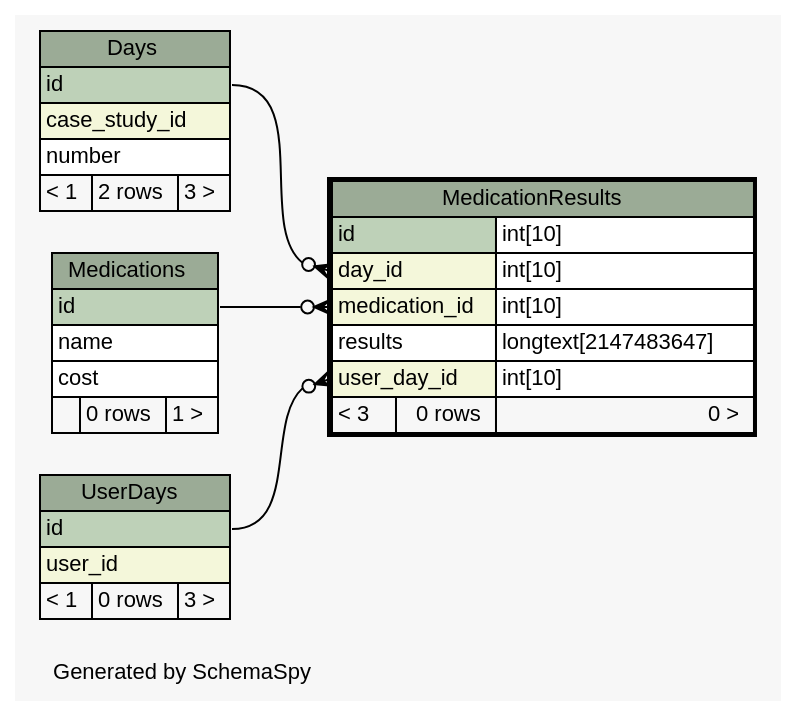
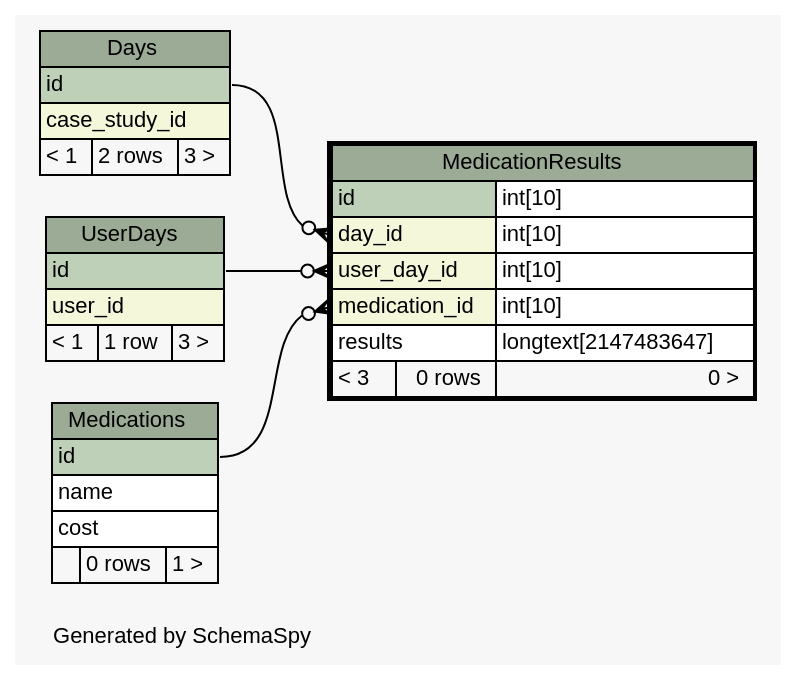
Before and after one commit to carrel2/CaseStudies: the diagram in web/files/schema/diagrams/MedicationResults.1degree.dot, drawn with Graphviz. The commit also changed 75 other files, not shown here.

```diff
--- a/web/files/schema/diagrams/MedicationResults.1degree.dot
+++ b/web/files/schema/diagrams/MedicationResults.1degree.dot
@@ -1,74 +1,73 @@
 // dot 2.38.0 on Linux 4.4.0-64-generic
 // SchemaSpy rev 590
 digraph "oneDegreeRelationshipsDiagram" {
   graph [
     rankdir="RL"
     bgcolor="#f7f7f7"
     label="\nGenerated by SchemaSpy"
     labeljust="l"
     nodesep="0.18"
     ranksep="0.46"
     fontname="Helvetica"
     fontsize="11"
   ];
   node [
     fontname="Helvetica"
     fontsize="11"
     shape="plaintext"
   ];
   edge [
     arrowsize="0.8"
   ];
   "MedicationResults":"day_id":w -> "Days":"id":e [arrowhead=none dir=back arrowtail=crowodot];
   "MedicationResults":"medication_id":w -> "Medications":"id":e [arrowhead=none dir=back arrowtail=crowodot];
   "MedicationResults":"user_day_id":w -> "UserDays":"id":e [arrowhead=none dir=back arrowtail=crowodot];
   "Days" [
     label=<
     <TABLE BORDER="0" CELLBORDER="1" CELLSPACING="0" BGCOLOR="#ffffff">
       <TR><TD COLSPAN="3" BGCOLOR="#9bab96" ALIGN="CENTER">Days</TD></TR>
       <TR><TD PORT="id" COLSPAN="3" BGCOLOR="#bed1b8" ALIGN="LEFT">id</TD></TR>
       <TR><TD PORT="case_study_id" COLSPAN="3" BGCOLOR="#f4f7da" ALIGN="LEFT">case_study_id</TD></TR>
-      <TR><TD PORT="number" COLSPAN="3" ALIGN="LEFT">number</TD></TR>
       <TR><TD ALIGN="LEFT" BGCOLOR="#f7f7f7">&lt; 1</TD><TD ALIGN="RIGHT" BGCOLOR="#f7f7f7">2 rows</TD><TD ALIGN="RIGHT" BGCOLOR="#f7f7f7">3 &gt;</TD></TR>
     </TABLE>>
     URL="Days.html"
     tooltip="Days"
   ];
   "MedicationResults" [
     label=<
     <TABLE BORDER="2" CELLBORDER="1" CELLSPACING="0" BGCOLOR="#ffffff">
       <TR><TD COLSPAN="3" BGCOLOR="#9bab96" ALIGN="CENTER">MedicationResults</TD></TR>
       <TR><TD PORT="id" COLSPAN="2" BGCOLOR="#bed1b8" ALIGN="LEFT">id</TD><TD PORT="id.type" ALIGN="LEFT">int[10]</TD></TR>
       <TR><TD PORT="day_id" COLSPAN="2" BGCOLOR="#f4f7da" ALIGN="LEFT">day_id</TD><TD PORT="day_id.type" ALIGN="LEFT">int[10]</TD></TR>
+      <TR><TD PORT="user_day_id" COLSPAN="2" BGCOLOR="#f4f7da" ALIGN="LEFT">user_day_id</TD><TD PORT="user_day_id.type" ALIGN="LEFT">int[10]</TD></TR>
       <TR><TD PORT="medication_id" COLSPAN="2" BGCOLOR="#f4f7da" ALIGN="LEFT">medication_id</TD><TD PORT="medication_id.type" ALIGN="LEFT">int[10]</TD></TR>
       <TR><TD PORT="results" COLSPAN="2" ALIGN="LEFT">results</TD><TD PORT="results.type" ALIGN="LEFT">longtext[2147483647]</TD></TR>
-      <TR><TD PORT="user_day_id" COLSPAN="2" BGCOLOR="#f4f7da" ALIGN="LEFT">user_day_id</TD><TD PORT="user_day_id.type" ALIGN="LEFT">int[10]</TD></TR>
       <TR><TD ALIGN="LEFT" BGCOLOR="#f7f7f7">&lt; 3</TD><TD ALIGN="RIGHT" BGCOLOR="#f7f7f7">0 rows</TD><TD ALIGN="RIGHT" BGCOLOR="#f7f7f7">0 &gt;</TD></TR>
     </TABLE>>
     URL="MedicationResults.html"
     tooltip="MedicationResults"
   ];
   "Medications" [
     label=<
     <TABLE BORDER="0" CELLBORDER="1" CELLSPACING="0" BGCOLOR="#ffffff">
       <TR><TD COLSPAN="3" BGCOLOR="#9bab96" ALIGN="CENTER">Medications</TD></TR>
       <TR><TD PORT="id" COLSPAN="3" BGCOLOR="#bed1b8" ALIGN="LEFT">id</TD></TR>
       <TR><TD PORT="name" COLSPAN="3" ALIGN="LEFT">name</TD></TR>
       <TR><TD PORT="cost" COLSPAN="3" ALIGN="LEFT">cost</TD></TR>
       <TR><TD ALIGN="LEFT" BGCOLOR="#f7f7f7">  </TD><TD ALIGN="RIGHT" BGCOLOR="#f7f7f7">0 rows</TD><TD ALIGN="RIGHT" BGCOLOR="#f7f7f7">1 &gt;</TD></TR>
     </TABLE>>
     URL="Medications.html"
     tooltip="Medications"
   ];
   "UserDays" [
     label=<
     <TABLE BORDER="0" CELLBORDER="1" CELLSPACING="0" BGCOLOR="#ffffff">
       <TR><TD COLSPAN="3" BGCOLOR="#9bab96" ALIGN="CENTER">UserDays</TD></TR>
       <TR><TD PORT="id" COLSPAN="3" BGCOLOR="#bed1b8" ALIGN="LEFT">id</TD></TR>
       <TR><TD PORT="user_id" COLSPAN="3" BGCOLOR="#f4f7da" ALIGN="LEFT">user_id</TD></TR>
-      <TR><TD ALIGN="LEFT" BGCOLOR="#f7f7f7">&lt; 1</TD><TD ALIGN="RIGHT" BGCOLOR="#f7f7f7">0 rows</TD><TD ALIGN="RIGHT" BGCOLOR="#f7f7f7">3 &gt;</TD></TR>
+      <TR><TD ALIGN="LEFT" BGCOLOR="#f7f7f7">&lt; 1</TD><TD ALIGN="RIGHT" BGCOLOR="#f7f7f7">1 row</TD><TD ALIGN="RIGHT" BGCOLOR="#f7f7f7">3 &gt;</TD></TR>
     </TABLE>>
     URL="UserDays.html"
     tooltip="UserDays"
   ];
 }
```
